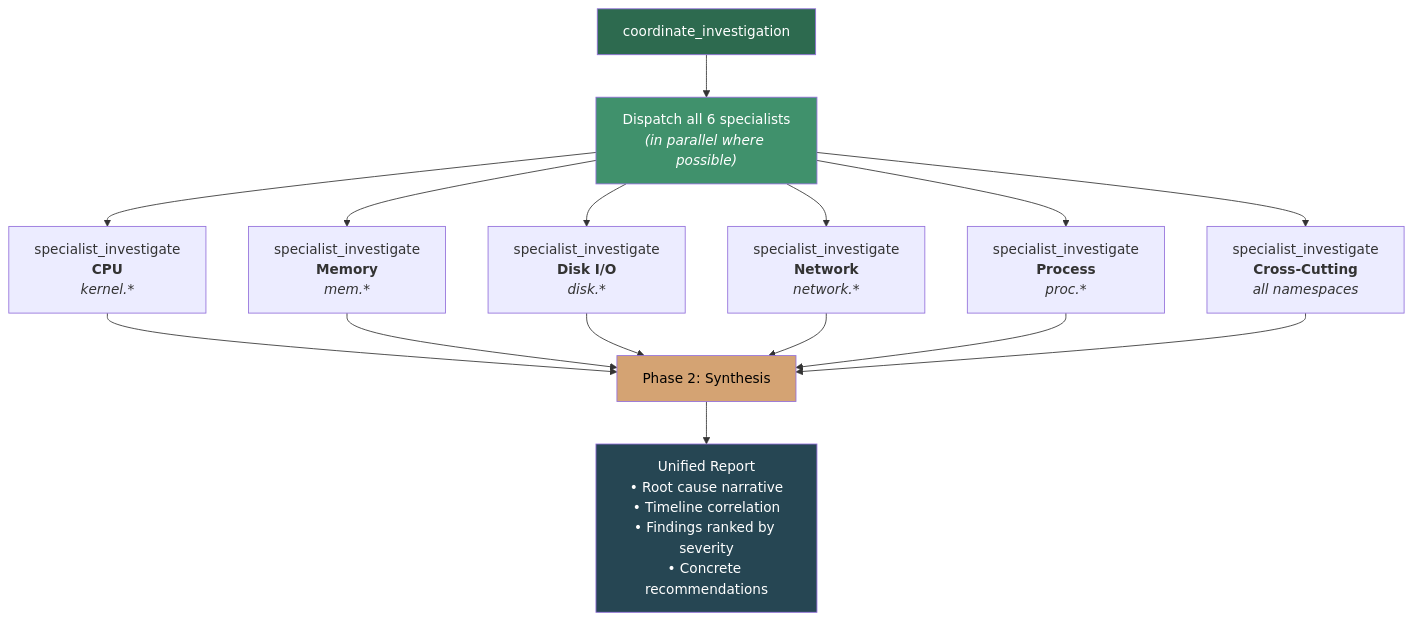
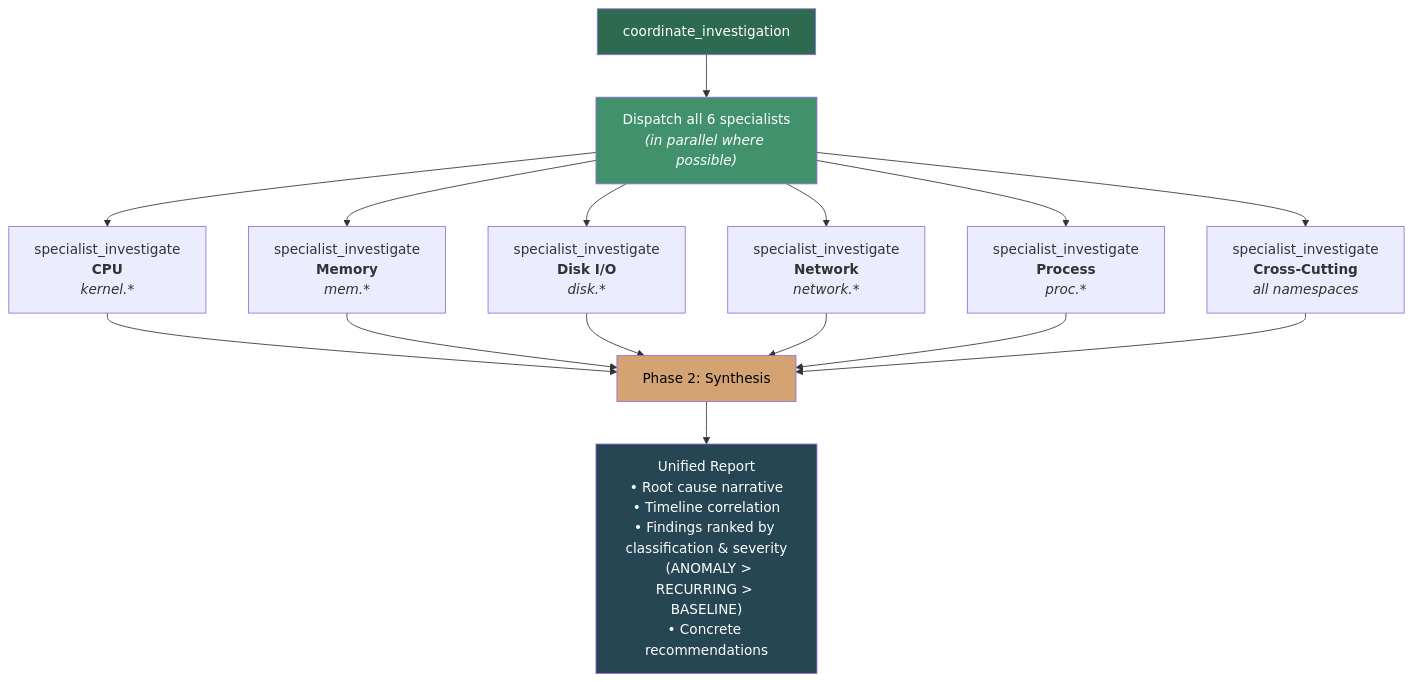
Before and after one commit to tallpsmith/pmmcp: the second of 3 diagrams in docs/investigation-flow.md, drawn with Mermaid. The commit also changed other lines of this file and 2 other files, not shown here.

First line of the commit message:
docs: update investigation-flow for 5-step specialist workflow + classification ranking

````diff
--- a/docs/investigation-flow.md
+++ b/docs/investigation-flow.md
@@ -68,25 +68,25 @@
 ```mermaid
 flowchart TD
     CI["coordinate_investigation"] --> PAR["Dispatch all 6 specialists\n<i>(in parallel where possible)</i>"]
 
     PAR --> CPU["specialist_investigate\n<b>CPU</b>\n<i>kernel.*</i>"]
     PAR --> MEM["specialist_investigate\n<b>Memory</b>\n<i>mem.*</i>"]
     PAR --> DISK["specialist_investigate\n<b>Disk I/O</b>\n<i>disk.*</i>"]
     PAR --> NET["specialist_investigate\n<b>Network</b>\n<i>network.*</i>"]
     PAR --> PROC["specialist_investigate\n<b>Process</b>\n<i>proc.*</i>"]
     PAR --> CROSS["specialist_investigate\n<b>Cross-Cutting</b>\n<i>all namespaces</i>"]
 
     CPU --> SYN["Phase 2: Synthesis"]
     MEM --> SYN
     DISK --> SYN
     NET --> SYN
     PROC --> SYN
     CROSS --> SYN
 
-    SYN --> OUT["Unified Report\n• Root cause narrative\n• Timeline correlation\n• Findings ranked by severity\n• Concrete recommendations"]
+    SYN --> OUT["Unified Report\n• Root cause narrative\n• Timeline correlation\n• Findings ranked by classification & severity\n  (ANOMALY > RECURRING > BASELINE)\n• Concrete recommendations"]
 
     style CI fill:#2d6a4f,color:#fff
     style PAR fill:#40916c,color:#fff
     style SYN fill:#d4a373,color:#000
     style OUT fill:#264653,color:#fff
 ```
````
